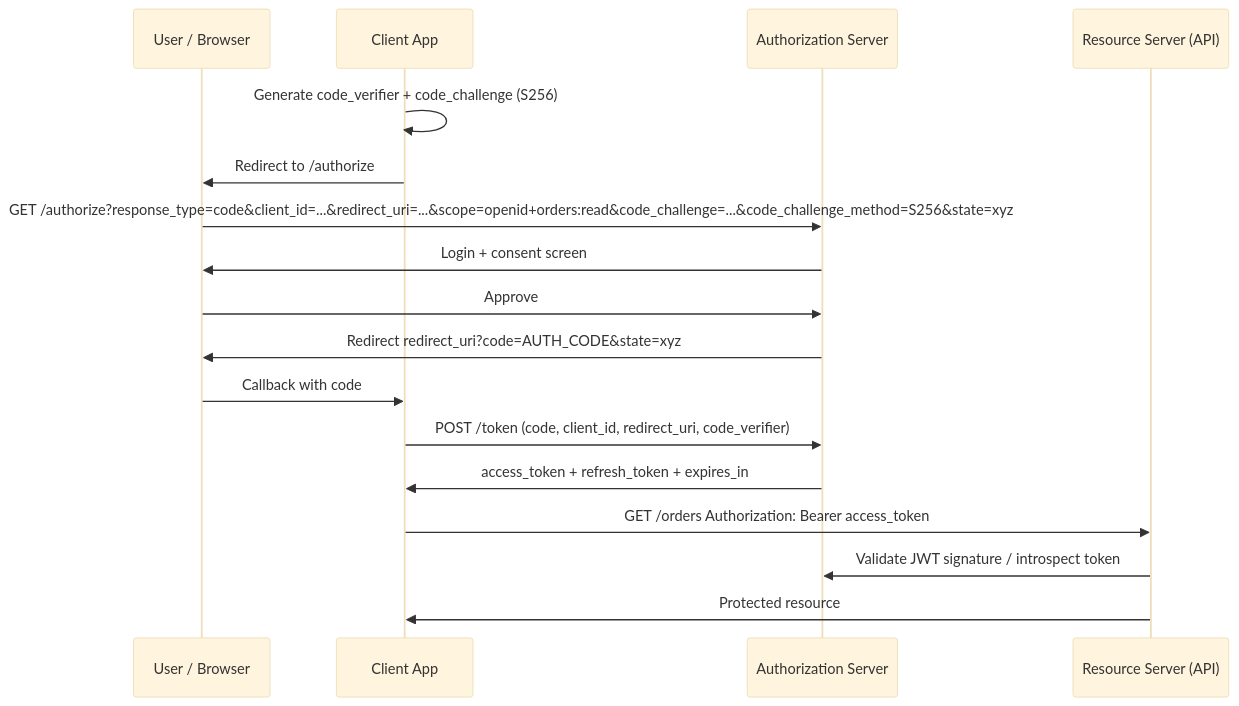
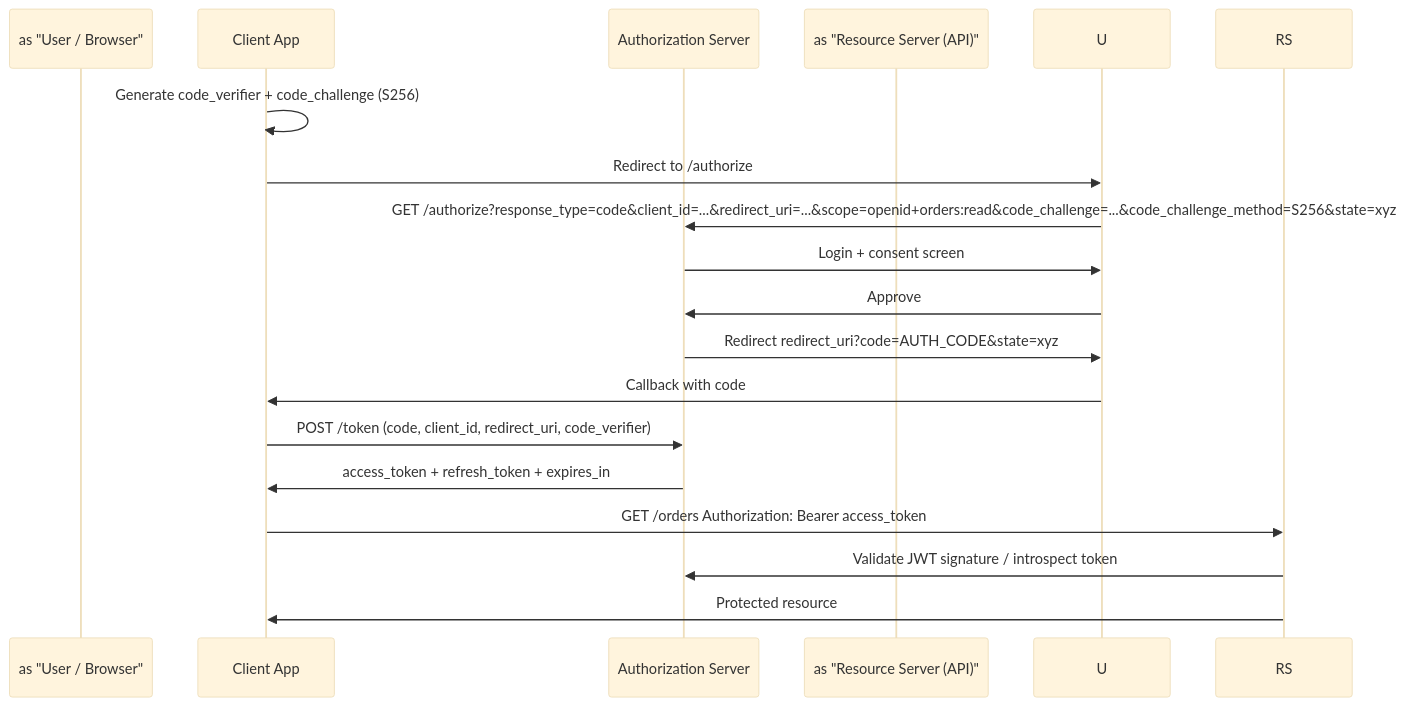
One commit to hareramcse/SystemDesign changed the fourth of 25 diagrams in 10-security/README.md. Above: the diagram before and after it, drawn with Mermaid (base theme). The commit also changed other lines of this file and 14 other files, not shown here.

````diff
--- a/10-security/README.md
+++ b/10-security/README.md
@@ -240,20 +240,20 @@
 ```mermaid
 sequenceDiagram
-    participant U as User / Browser
+    participant  as "User / Browser"
     participant C as Client App
     participant AS as Authorization Server
-    participant RS as Resource Server (API)
+    participant  as "Resource Server (API)"
 
     C->>C: Generate code_verifier + code_challenge (S256)
     C->>U: Redirect to /authorize
     U->>AS: GET /authorize?response_type=code&client_id=...&redirect_uri=...&scope=openid+orders:read&code_challenge=...&code_challenge_method=S256&state=xyz
     AS->>U: Login + consent screen
     U->>AS: Approve
     AS->>U: Redirect redirect_uri?code=AUTH_CODE&state=xyz
     U->>C: Callback with code
     C->>AS: POST /token (code, client_id, redirect_uri, code_verifier)
     AS->>C: access_token + refresh_token + expires_in
     C->>RS: GET /orders Authorization: Bearer access_token
     RS->>AS: Validate JWT signature / introspect token
     RS->>C: Protected resource
 ```
````
